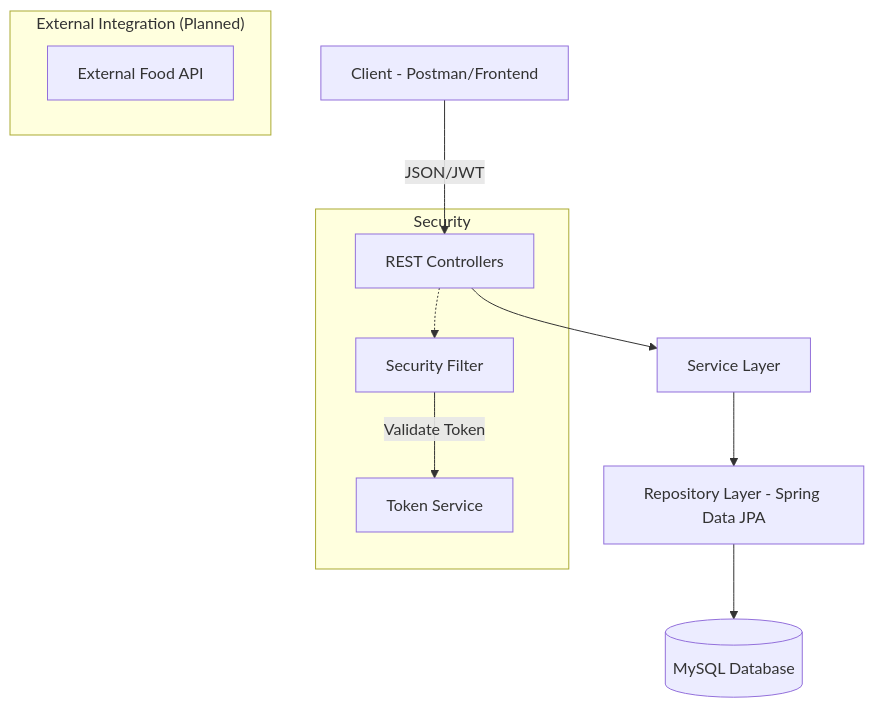
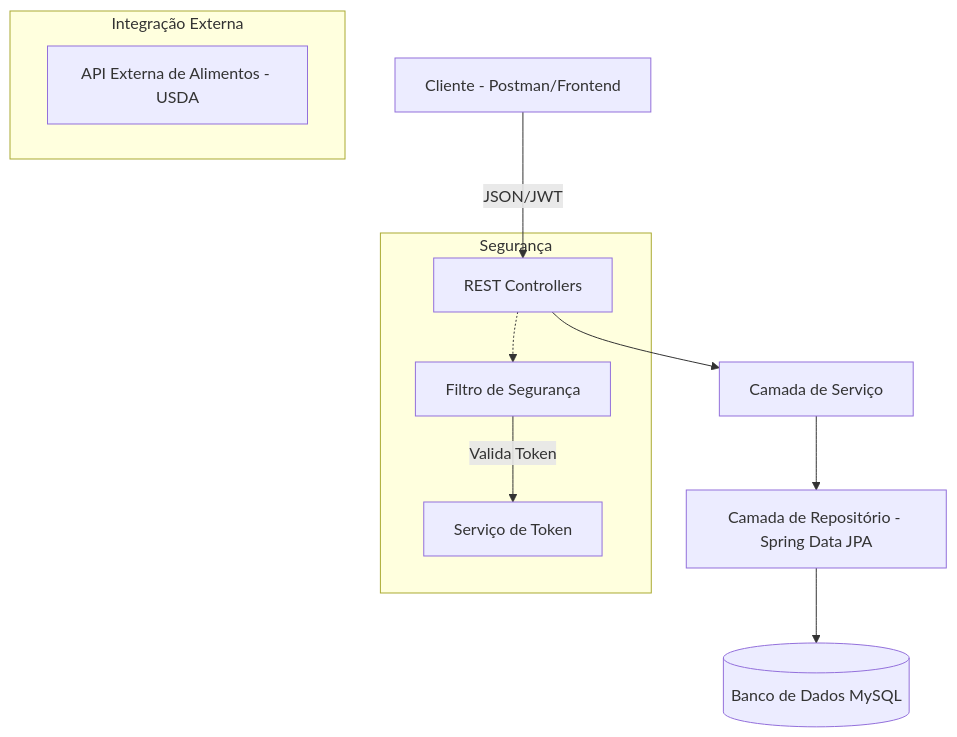
One commit to guicvsub/java-challege-care-plus changed the first of 3 diagrams in architecture.md. Above: the diagram before and after it, drawn with Mermaid. The commit also changed other lines of this file and 22 other files, not shown here.

Commit message:
adiciomamdo-diagramas-e-npmes-retirando-arquivos

````diff
--- a/architecture.md
+++ b/architecture.md
@@ -13,16 +13,16 @@
 ```mermaid
 graph TD
-    A[Client - Postman/Frontend] -->|JSON/JWT| B[REST Controllers]
-    B --> C[Service Layer]
-    C --> D[Repository Layer - Spring Data JPA]
-    D --> E[(MySQL Database)]
-    
-    subgraph Security
-        F[Security Filter] -->|Validate Token| G[Token Service]
+    A[Cliente - Postman/Frontend] -->|JSON/JWT| B[REST Controllers]
+    B --> C[Camada de Serviço]
+    C --> D[Camada de Repositório - Spring Data JPA]
+    D --> E[(Banco de Dados MySQL)]
+
+    subgraph Segurança
+        F[Filtro de Segurança] -->|Valida Token| G[Serviço de Token]
         B -.-> F
     end
 
-    subgraph "External Integration (Planned)"
-        H[External Food API]
+    subgraph "Integração Externa"
+        H[API Externa de Alimentos - USDA]
     end
 ```
````
